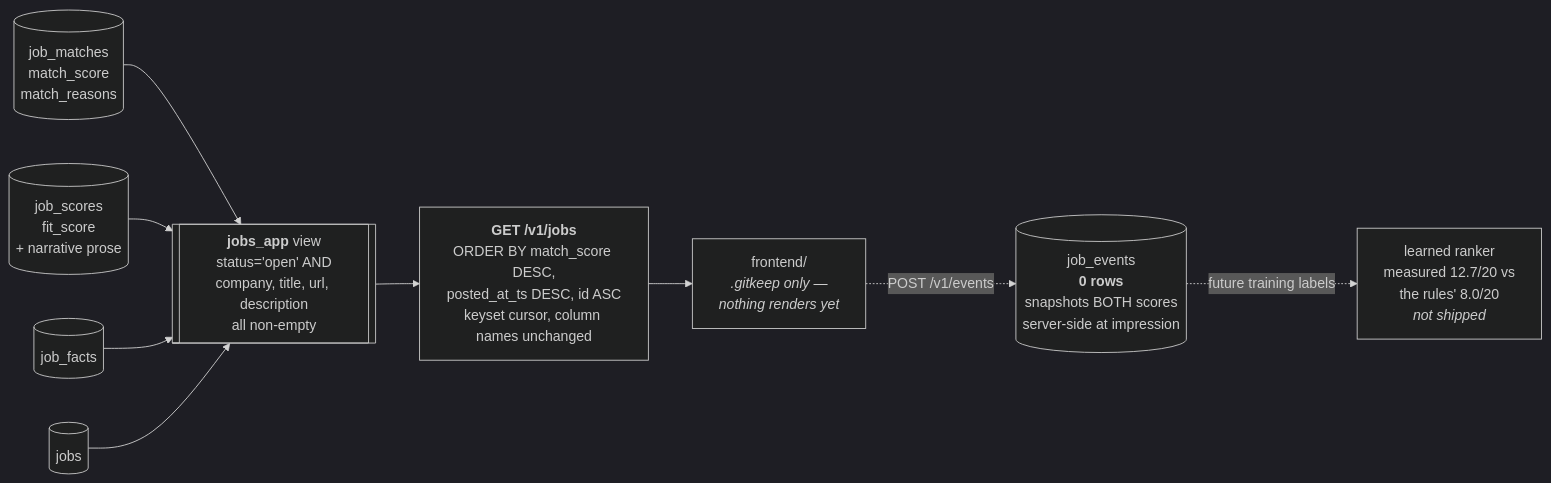
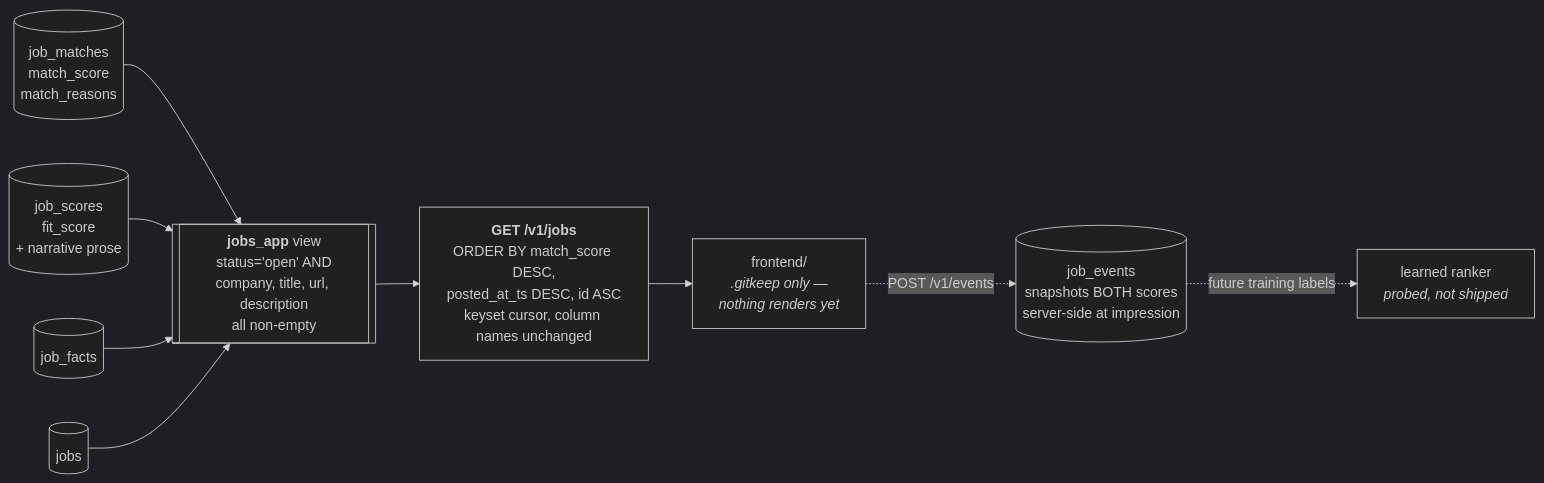
One commit to liueric-dev/jobs changed the fifth of 6 diagrams in docs/scoring.md. Above: the diagram before and after it, drawn with Mermaid (dark theme). The commit also changed other lines of this file and 7 other files, not shown here.

````diff
--- a/docs/scoring.md
+++ b/docs/scoring.md
@@ -560,14 +534,14 @@
 ```mermaid
 flowchart LR
     M[("job_matches<br/>match_score<br/>match_reasons")] --> V[["<b>jobs_app</b> view<br/>status='open' AND<br/>company, title, url, description<br/>all non-empty"]]
     SC[("job_scores<br/>fit_score<br/>+ narrative prose")] --> V
     F[("job_facts")] --> V
     JB[("jobs")] --> V
 
     V --> API["<b>GET /v1/jobs</b><br/>ORDER BY match_score DESC,<br/>posted_at_ts DESC, id ASC<br/>keyset cursor, column names unchanged"]
 
     API --> UI["frontend/<br/><i>.gitkeep only —<br/>nothing renders yet</i>"]
 
-    UI -.->|"POST /v1/events"| EV[("job_events<br/><b>0 rows</b><br/>snapshots BOTH scores<br/>server-side at impression")]
-    EV -.->|"future training labels"| LR["learned ranker<br/>measured 12.7/20 vs<br/>the rules' 8.0/20<br/><i>not shipped</i>"]
+    UI -.->|"POST /v1/events"| EV[("job_events<br/>snapshots BOTH scores<br/>server-side at impression")]
+    EV -.->|"future training labels"| LR["learned ranker<br/><i>probed, not shipped</i>"]
 ```
````
